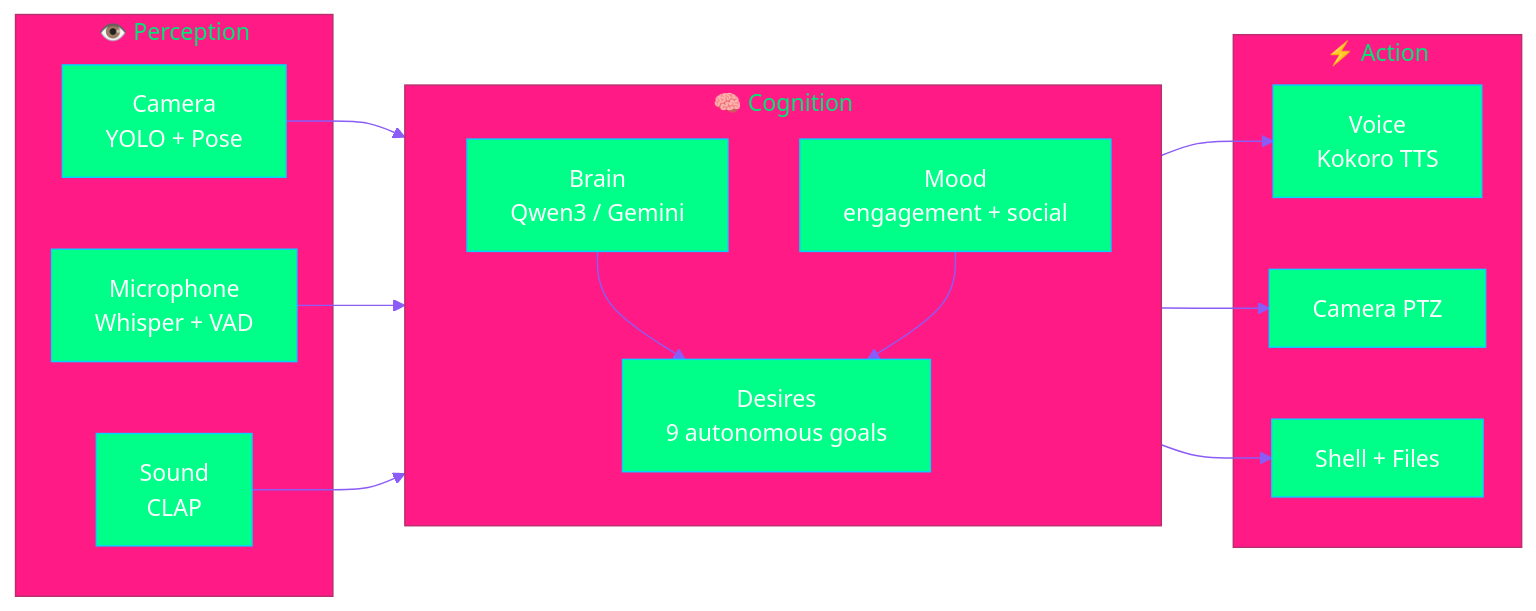
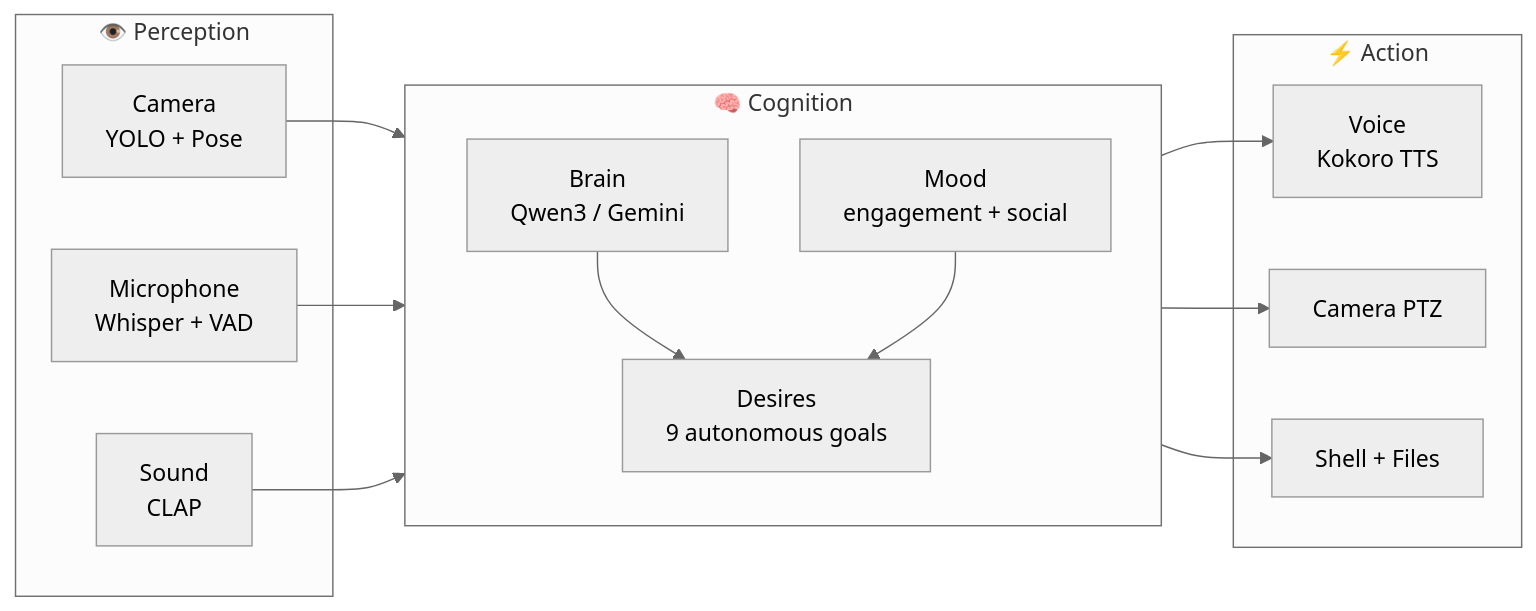
One commit to gabrielmaialva33/enton changed the first of 2 diagrams in README.md. Above: the diagram before and after it, drawn with Mermaid. The commit also changed other lines of this file, not shown here.

````diff
--- a/README.md
+++ b/README.md
@@ -28,31 +28,31 @@
 ```mermaid
-%%{init: {'theme': 'base', 'themeVariables': { 'primaryColor': '#00ff88', 'primaryTextColor': '#fff', 'primaryBorderColor': '#00d4ff', 'lineColor': '#8b5cf6'}}}%%
+%%{init: {'theme': 'neutral'}}%%
 flowchart LR
     subgraph Perception["👁️ Perception"]
         CAM[Camera<br/>YOLO + Pose]
         MIC[Microphone<br/>Whisper + VAD]
         SND[Sound<br/>CLAP]
     end
 
     subgraph Cognition["🧠 Cognition"]
         direction TB
         BRAIN[Brain<br/>Qwen3 / Gemini]
         DESIRE[Desires<br/>9 autonomous goals]
         MOOD[Mood<br/>engagement + social]
         BRAIN --> DESIRE
         MOOD --> DESIRE
     end
 
     subgraph Action["⚡ Action"]
         VOICE[Voice<br/>Kokoro TTS]
         PTZ[Camera PTZ]
         TOOLS[Shell + Files]
     end
 
     CAM --> Cognition
     MIC --> Cognition
     SND --> Cognition
     Cognition --> VOICE
     Cognition --> PTZ
     Cognition --> TOOLS
 ```
````
